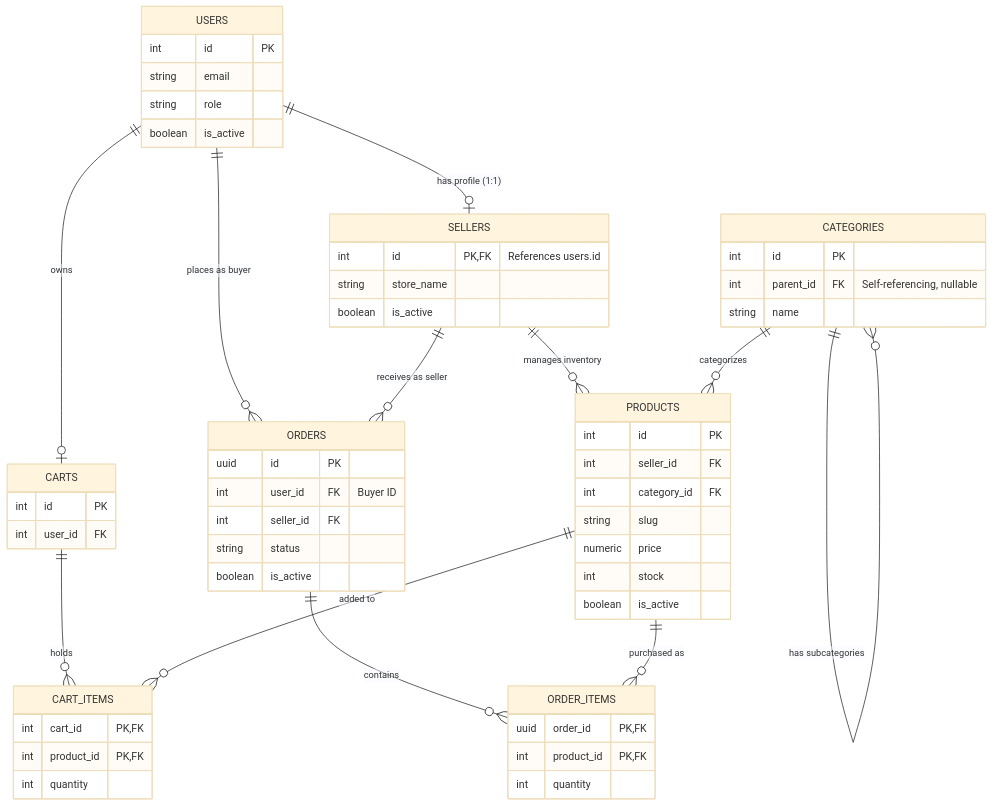
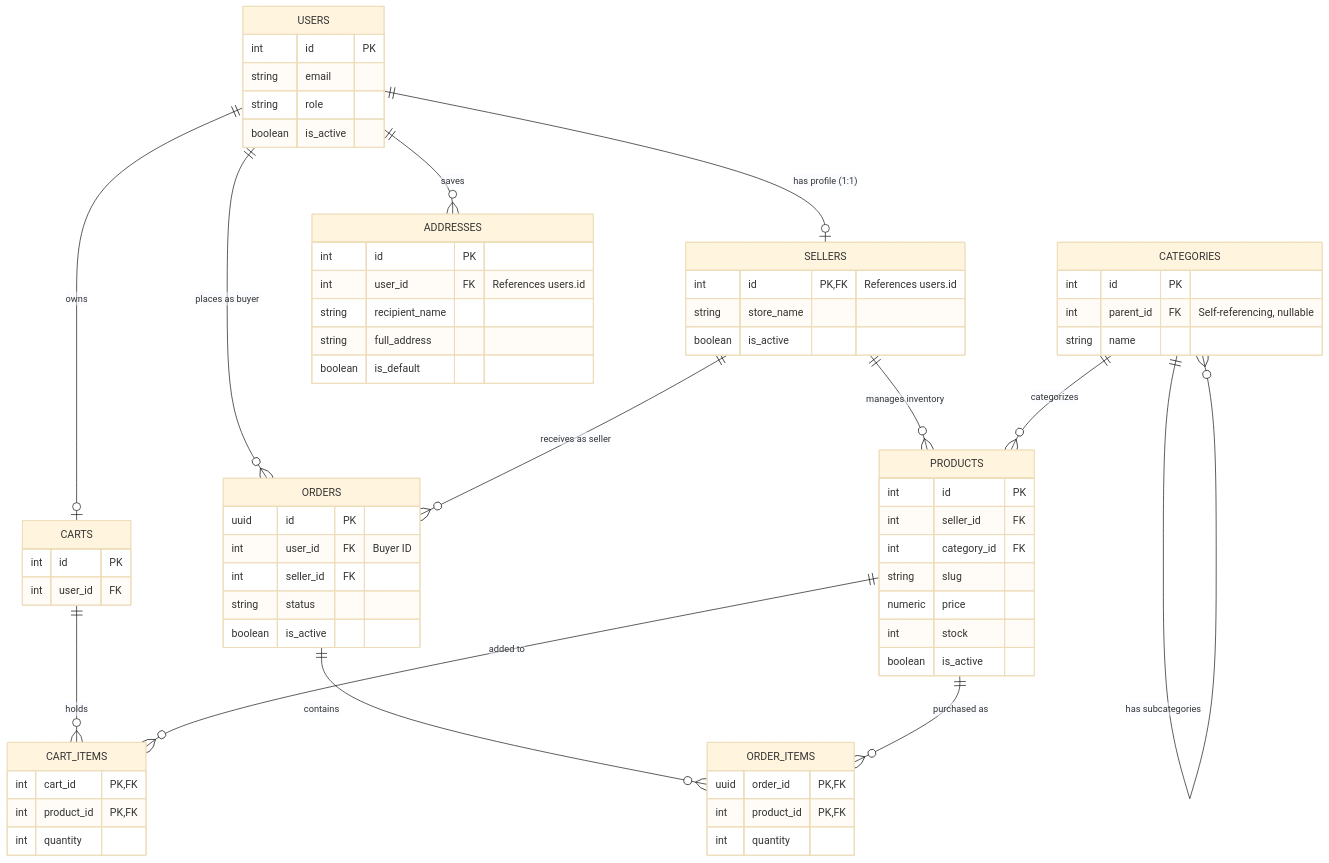
The first of 2 diagrams in README.md (Revou-FSSE-Jun26/module-2-muhammadfaujian453-commits), drawn with Mermaid (base theme) before and after one commit. The commit also changed other lines of this file and 5 other files, not shown here.

````diff
--- a/README.md
+++ b/README.md
@@ -176,61 +178,69 @@
 ```mermaid
 erDiagram
     USERS ||--o| SELLERS : "has profile (1:1)"
     USERS ||--o{ ORDERS : "places as buyer"
     USERS ||--o| CARTS : "owns"
     SELLERS ||--o{ PRODUCTS : "manages inventory"
     SELLERS ||--o{ ORDERS : "receives as seller"
     CATEGORIES ||--o{ PRODUCTS : "categorizes"
     CATEGORIES ||--o{ CATEGORIES : "has subcategories"
     CARTS ||--o{ CART_ITEMS : "holds"
     PRODUCTS ||--o{ CART_ITEMS : "added to"
     ORDERS ||--o{ ORDER_ITEMS : "contains"
     PRODUCTS ||--o{ ORDER_ITEMS : "purchased as"
+    USERS ||--o{ ADDRESSES : "saves"
 
     USERS {
         int id PK
         string email
         string role
         boolean is_active
     }
     SELLERS {
         int id PK, FK "References users.id"
         string store_name
         boolean is_active
     }
     PRODUCTS {
         int id PK
         int seller_id FK
         int category_id FK
         string slug
         numeric price
         int stock
         boolean is_active
     }
     CATEGORIES {
         int id PK
         int parent_id FK "Self-referencing, nullable"
         string name
     }
     ORDERS {
         uuid id PK
         int user_id FK "Buyer ID"
         int seller_id FK
         string status
         boolean is_active
     }
     ORDER_ITEMS {
         uuid order_id PK, FK
         int product_id PK, FK
         int quantity
     }
     CARTS {
         int id PK
         int user_id FK
     }
     CART_ITEMS {
         int cart_id PK, FK
         int product_id PK, FK
         int quantity
     }
+    ADDRESSES {
+    int id PK
+    int user_id FK "References users.id"
+    string recipient_name
+    string full_address
+    boolean is_default
+    }
 ```
````
